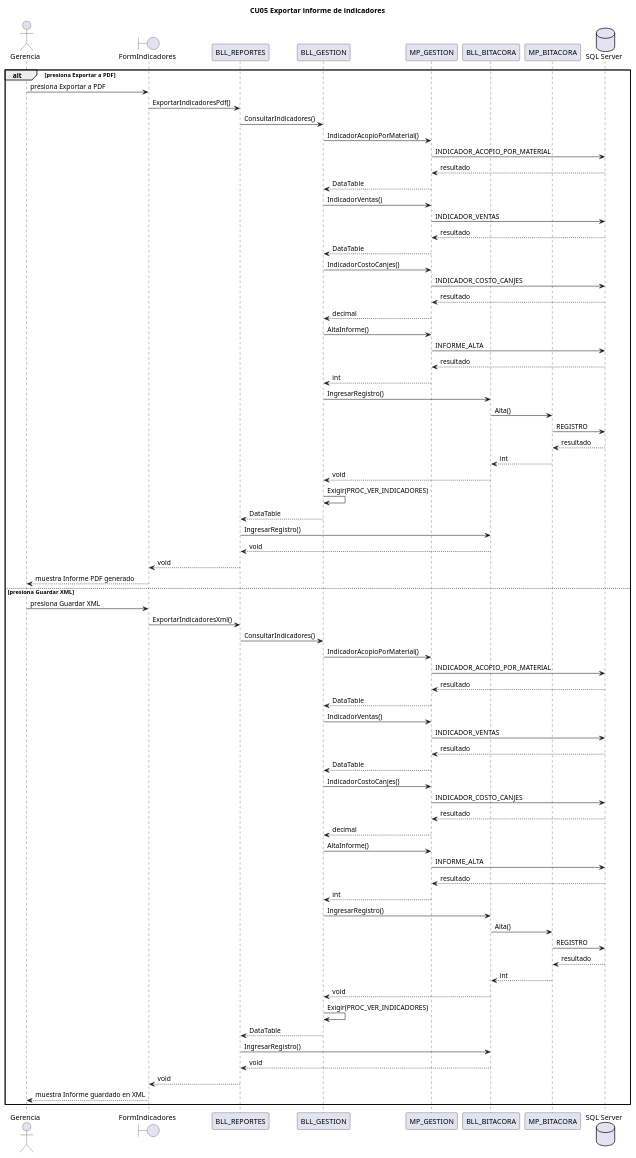
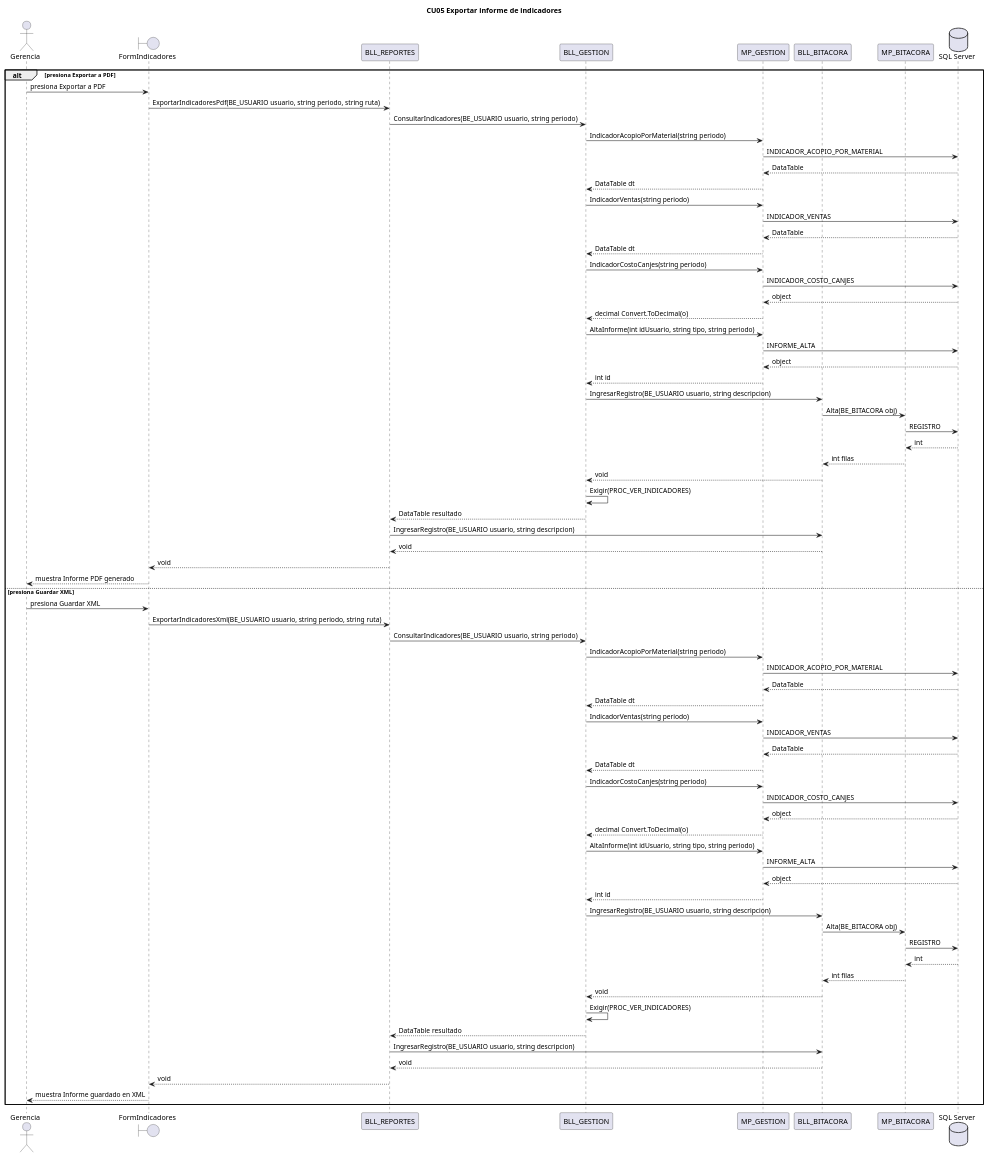
One commit to L-Muniz/uai-diploma_2026 changed the diagram in docs/diagramas/secuencias/CU05.puml. Above: the diagram before and after it, drawn with PlantUML. The commit also changed 59 other files, not shown here.

Commit message:
Docs: firmas y retornos de las secuencias tomados del código; diagramas de casos de uso en el documento

```diff
--- a/docs/diagramas/secuencias/CU05.puml
+++ b/docs/diagramas/secuencias/CU05.puml
@@ -1,76 +1,76 @@
 @startuml CU05
 title CU05 Exportar informe de indicadores
 actor "Gerencia" as ACT
 boundary FormIndicadores
 participant BLL_REPORTES
 participant BLL_GESTION
 participant MP_GESTION
 participant BLL_BITACORA
 participant MP_BITACORA
 database "SQL Server" as BD
 alt presiona Exportar a PDF
 ACT -> FormIndicadores : presiona Exportar a PDF
-FormIndicadores -> BLL_REPORTES : ExportarIndicadoresPdf()
-BLL_REPORTES -> BLL_GESTION : ConsultarIndicadores()
-BLL_GESTION -> MP_GESTION : IndicadorAcopioPorMaterial()
+FormIndicadores -> BLL_REPORTES : ExportarIndicadoresPdf(BE_USUARIO usuario, string periodo, string ruta)
+BLL_REPORTES -> BLL_GESTION : ConsultarIndicadores(BE_USUARIO usuario, string periodo)
+BLL_GESTION -> MP_GESTION : IndicadorAcopioPorMaterial(string periodo)
 MP_GESTION -> BD : INDICADOR_ACOPIO_POR_MATERIAL
-BD --> MP_GESTION : resultado
-MP_GESTION --> BLL_GESTION : DataTable
-BLL_GESTION -> MP_GESTION : IndicadorVentas()
+BD --> MP_GESTION : DataTable
+MP_GESTION --> BLL_GESTION : DataTable dt
+BLL_GESTION -> MP_GESTION : IndicadorVentas(string periodo)
 MP_GESTION -> BD : INDICADOR_VENTAS
-BD --> MP_GESTION : resultado
-MP_GESTION --> BLL_GESTION : DataTable
-BLL_GESTION -> MP_GESTION : IndicadorCostoCanjes()
+BD --> MP_GESTION : DataTable
+MP_GESTION --> BLL_GESTION : DataTable dt
+BLL_GESTION -> MP_GESTION : IndicadorCostoCanjes(string periodo)
 MP_GESTION -> BD : INDICADOR_COSTO_CANJES
-BD --> MP_GESTION : resultado
-MP_GESTION --> BLL_GESTION : decimal
-BLL_GESTION -> MP_GESTION : AltaInforme()
+BD --> MP_GESTION : object
+MP_GESTION --> BLL_GESTION : decimal Convert.ToDecimal(o)
+BLL_GESTION -> MP_GESTION : AltaInforme(int idUsuario, string tipo, string periodo)
 MP_GESTION -> BD : INFORME_ALTA
-BD --> MP_GESTION : resultado
-MP_GESTION --> BLL_GESTION : int
-BLL_GESTION -> BLL_BITACORA : IngresarRegistro()
-BLL_BITACORA -> MP_BITACORA : Alta()
+BD --> MP_GESTION : object
+MP_GESTION --> BLL_GESTION : int id
+BLL_GESTION -> BLL_BITACORA : IngresarRegistro(BE_USUARIO usuario, string descripcion)
+BLL_BITACORA -> MP_BITACORA : Alta(BE_BITACORA obj)
 MP_BITACORA -> BD : REGISTRO
-BD --> MP_BITACORA : resultado
-MP_BITACORA --> BLL_BITACORA : int
+BD --> MP_BITACORA : int
+MP_BITACORA --> BLL_BITACORA : int filas
 BLL_BITACORA --> BLL_GESTION : void
 BLL_GESTION -> BLL_GESTION : Exigir(PROC_VER_INDICADORES)
-BLL_GESTION --> BLL_REPORTES : DataTable
-BLL_REPORTES -> BLL_BITACORA : IngresarRegistro()
+BLL_GESTION --> BLL_REPORTES : DataTable resultado
+BLL_REPORTES -> BLL_BITACORA : IngresarRegistro(BE_USUARIO usuario, string descripcion)
 BLL_BITACORA --> BLL_REPORTES : void
 BLL_REPORTES --> FormIndicadores : void
 FormIndicadores --> ACT : muestra Informe PDF generado
 else presiona Guardar XML
 ACT -> FormIndicadores : presiona Guardar XML
-FormIndicadores -> BLL_REPORTES : ExportarIndicadoresXml()
-BLL_REPORTES -> BLL_GESTION : ConsultarIndicadores()
-BLL_GESTION -> MP_GESTION : IndicadorAcopioPorMaterial()
+FormIndicadores -> BLL_REPORTES : ExportarIndicadoresXml(BE_USUARIO usuario, string periodo, string ruta)
+BLL_REPORTES -> BLL_GESTION : ConsultarIndicadores(BE_USUARIO usuario, string periodo)
+BLL_GESTION -> MP_GESTION : IndicadorAcopioPorMaterial(string periodo)
 MP_GESTION -> BD : INDICADOR_ACOPIO_POR_MATERIAL
-BD --> MP_GESTION : resultado
-MP_GESTION --> BLL_GESTION : DataTable
-BLL_GESTION -> MP_GESTION : IndicadorVentas()
+BD --> MP_GESTION : DataTable
+MP_GESTION --> BLL_GESTION : DataTable dt
+BLL_GESTION -> MP_GESTION : IndicadorVentas(string periodo)
 MP_GESTION -> BD : INDICADOR_VENTAS
-BD --> MP_GESTION : resultado
-MP_GESTION --> BLL_GESTION : DataTable
-BLL_GESTION -> MP_GESTION : IndicadorCostoCanjes()
+BD --> MP_GESTION : DataTable
+MP_GESTION --> BLL_GESTION : DataTable dt
+BLL_GESTION -> MP_GESTION : IndicadorCostoCanjes(string periodo)
 MP_GESTION -> BD : INDICADOR_COSTO_CANJES
-BD --> MP_GESTION : resultado
-MP_GESTION --> BLL_GESTION : decimal
-BLL_GESTION -> MP_GESTION : AltaInforme()
+BD --> MP_GESTION : object
+MP_GESTION --> BLL_GESTION : decimal Convert.ToDecimal(o)
+BLL_GESTION -> MP_GESTION : AltaInforme(int idUsuario, string tipo, string periodo)
 MP_GESTION -> BD : INFORME_ALTA
-BD --> MP_GESTION : resultado
-MP_GESTION --> BLL_GESTION : int
-BLL_GESTION -> BLL_BITACORA : IngresarRegistro()
-BLL_BITACORA -> MP_BITACORA : Alta()
+BD --> MP_GESTION : object
+MP_GESTION --> BLL_GESTION : int id
+BLL_GESTION -> BLL_BITACORA : IngresarRegistro(BE_USUARIO usuario, string descripcion)
+BLL_BITACORA -> MP_BITACORA : Alta(BE_BITACORA obj)
 MP_BITACORA -> BD : REGISTRO
-BD --> MP_BITACORA : resultado
-MP_BITACORA --> BLL_BITACORA : int
+BD --> MP_BITACORA : int
+MP_BITACORA --> BLL_BITACORA : int filas
 BLL_BITACORA --> BLL_GESTION : void
 BLL_GESTION -> BLL_GESTION : Exigir(PROC_VER_INDICADORES)
-BLL_GESTION --> BLL_REPORTES : DataTable
-BLL_REPORTES -> BLL_BITACORA : IngresarRegistro()
+BLL_GESTION --> BLL_REPORTES : DataTable resultado
+BLL_REPORTES -> BLL_BITACORA : IngresarRegistro(BE_USUARIO usuario, string descripcion)
 BLL_BITACORA --> BLL_REPORTES : void
 BLL_REPORTES --> FormIndicadores : void
 FormIndicadores --> ACT : muestra Informe guardado en XML
 end
 @enduml
```
